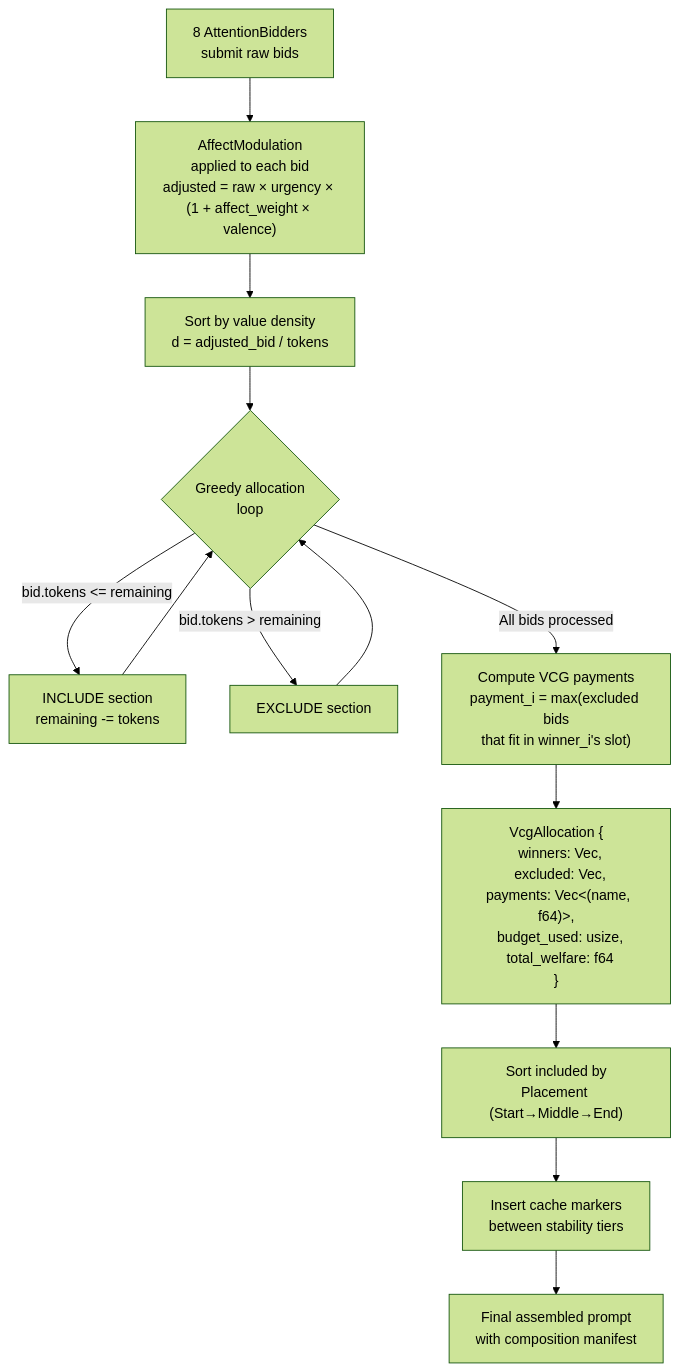
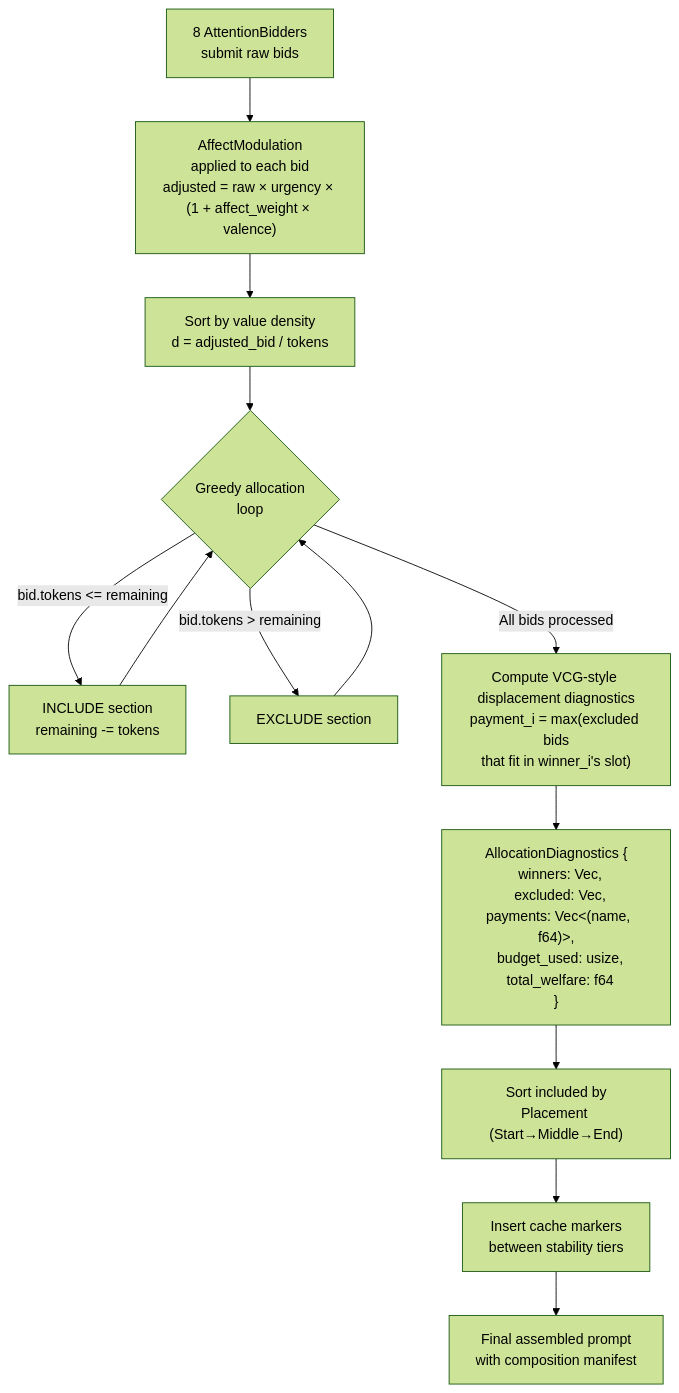
The second of 6 diagrams in tmp/context-memory/budget-composition.md (wpank/ironclaw), drawn with Mermaid (forest theme) before and after one commit. The commit also changed other lines of this file and 121 other files, not shown here.

````diff
--- a/tmp/context-memory/budget-composition.md
+++ b/tmp/context-memory/budget-composition.md
@@ -474,15 +323,15 @@
 ```mermaid
 flowchart TD
     A["8 AttentionBidders\nsubmit raw bids"] --> B["AffectModulation\napplied to each bid\nadjusted = raw × urgency × (1 + affect_weight × valence)"]
     B --> C["Sort by value density\nd = adjusted_bid / tokens"]
     C --> D{"Greedy allocation\nloop"}
     D -->|"bid.tokens <= remaining"| E["INCLUDE section\nremaining -= tokens"]
     D -->|"bid.tokens > remaining"| F["EXCLUDE section"]
     E --> D
     F --> D
-    D -->|"All bids processed"| G["Compute VCG payments\npayment_i = max(excluded bids\nthat fit in winner_i's slot)"]
-    G --> H["VcgAllocation {\n  winners: Vec<VcgBid>,\n  excluded: Vec<VcgBid>,\n  payments: Vec<(name, f64)>,\n  budget_used: usize,\n  total_welfare: f64\n}"]
+    D -->|"All bids processed"| G["Compute VCG-style displacement diagnostics\npayment_i = max(excluded bids\nthat fit in winner_i's slot)"]
+    G --> H["AllocationDiagnostics {\n  winners: Vec<SectionBid>,\n  excluded: Vec<SectionBid>,\n  payments: Vec<(name, f64)>,\n  budget_used: usize,\n  total_welfare: f64\n}"]
     H --> I["Sort included by\nPlacement (Start→Middle→End)"]
     I --> J["Insert cache markers\nbetween stability tiers"]
     J --> K["Final assembled prompt\nwith composition manifest"]
 ```
````
